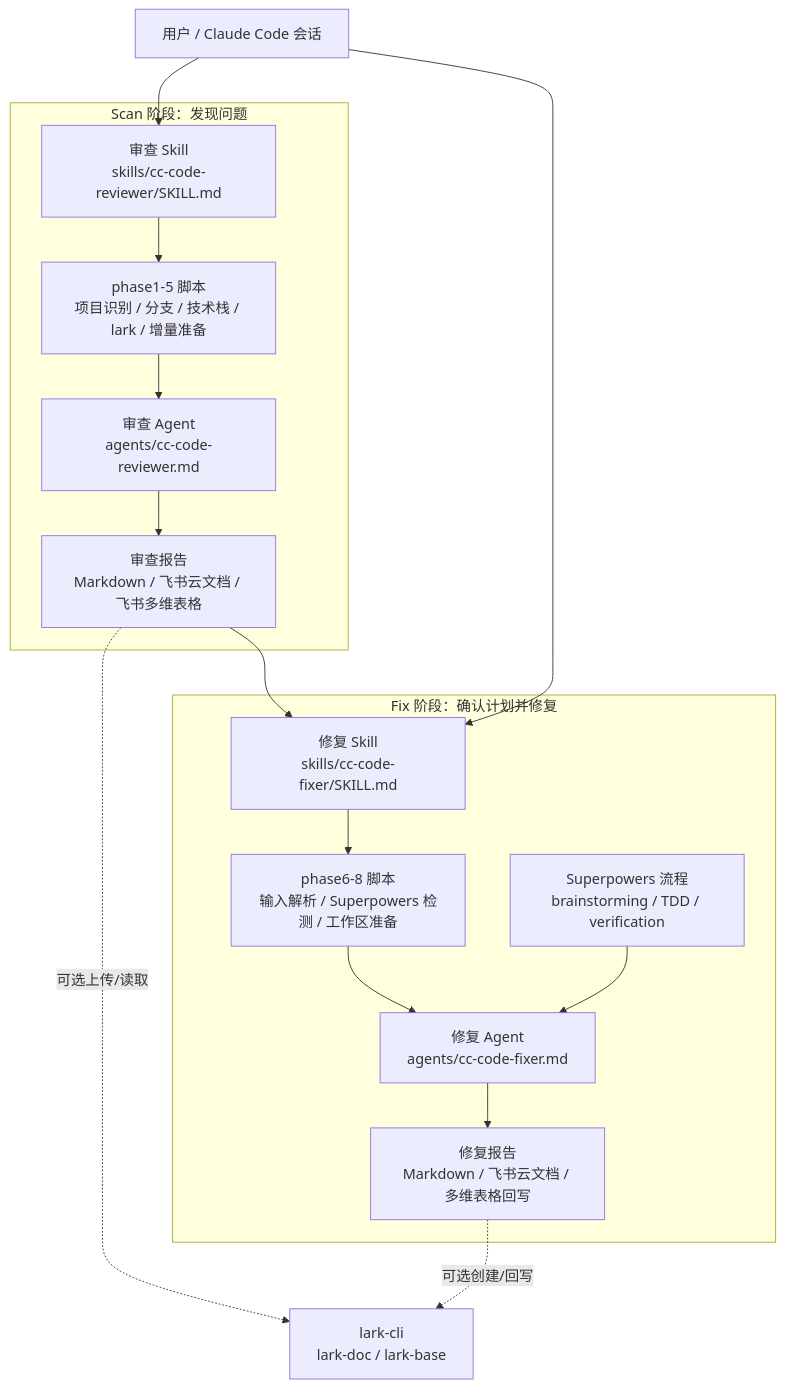
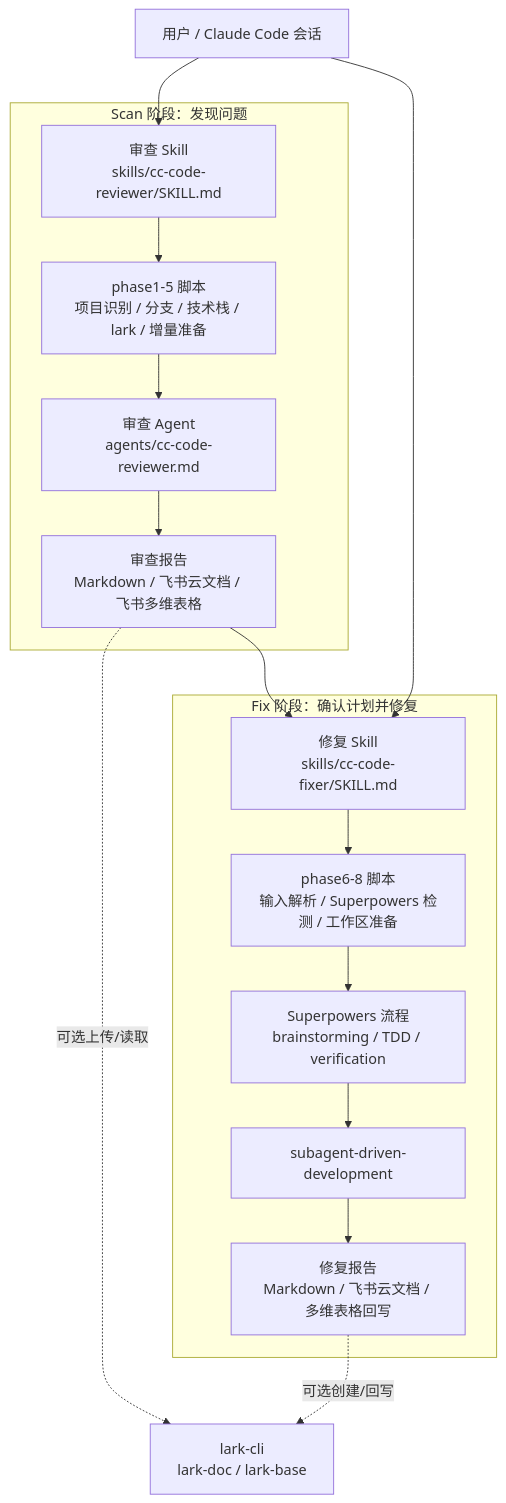
The first of 3 diagrams in README.md (ataskite/cc-code-reviewer), drawn with Mermaid before and after one commit. The commit also changed other lines of this file and 9 other files, not shown here.

Commit message:
refactor: delegate fixer execution to superpowers

````diff
--- a/README.md
+++ b/README.md
@@ -37,31 +37,31 @@
 ```mermaid
 flowchart TD
     User["用户 / Claude Code 会话"]
     ReviewSkill["审查 Skill<br/>skills/cc-code-reviewer/SKILL.md"]
     FixSkill["修复 Skill<br/>skills/cc-code-fixer/SKILL.md"]
     ReviewAgent["审查 Agent<br/>agents/cc-code-reviewer.md"]
-    FixAgent["修复 Agent<br/>agents/cc-code-fixer.md"]
     Reports["审查报告<br/>Markdown / 飞书云文档 / 飞书多维表格"]
     FixReports["修复报告<br/>Markdown / 飞书云文档 / 多维表格回写"]
     Lark["lark-cli<br/>lark-doc / lark-base"]
     Superpowers["Superpowers 流程<br/>brainstorming / TDD / verification"]
+    SubAgentDriven["subagent-driven-development"]
 
     subgraph ScanPhase["Scan 阶段：发现问题"]
       ReviewSkill --> ScanScripts["phase1-5 脚本<br/>项目识别 / 分支 / 技术栈 / lark / 增量准备"]
       ScanScripts --> ReviewAgent
       ReviewAgent --> Reports
     end
 
     subgraph FixPhase["Fix 阶段：确认计划并修复"]
       FixSkill --> FixScripts["phase6-8 脚本<br/>输入解析 / Superpowers 检测 / 工作区准备"]
       Reports --> FixSkill
-      FixScripts --> FixAgent
-      Superpowers --> FixAgent
-      FixAgent --> FixReports
+      FixScripts --> Superpowers
+      Superpowers --> SubAgentDriven
+      SubAgentDriven --> FixReports
     end
 
     User --> ReviewSkill
     User --> FixSkill
     Reports -.可选上传/读取.-> Lark
     FixReports -.可选创建/回写.-> Lark
 ```
````
